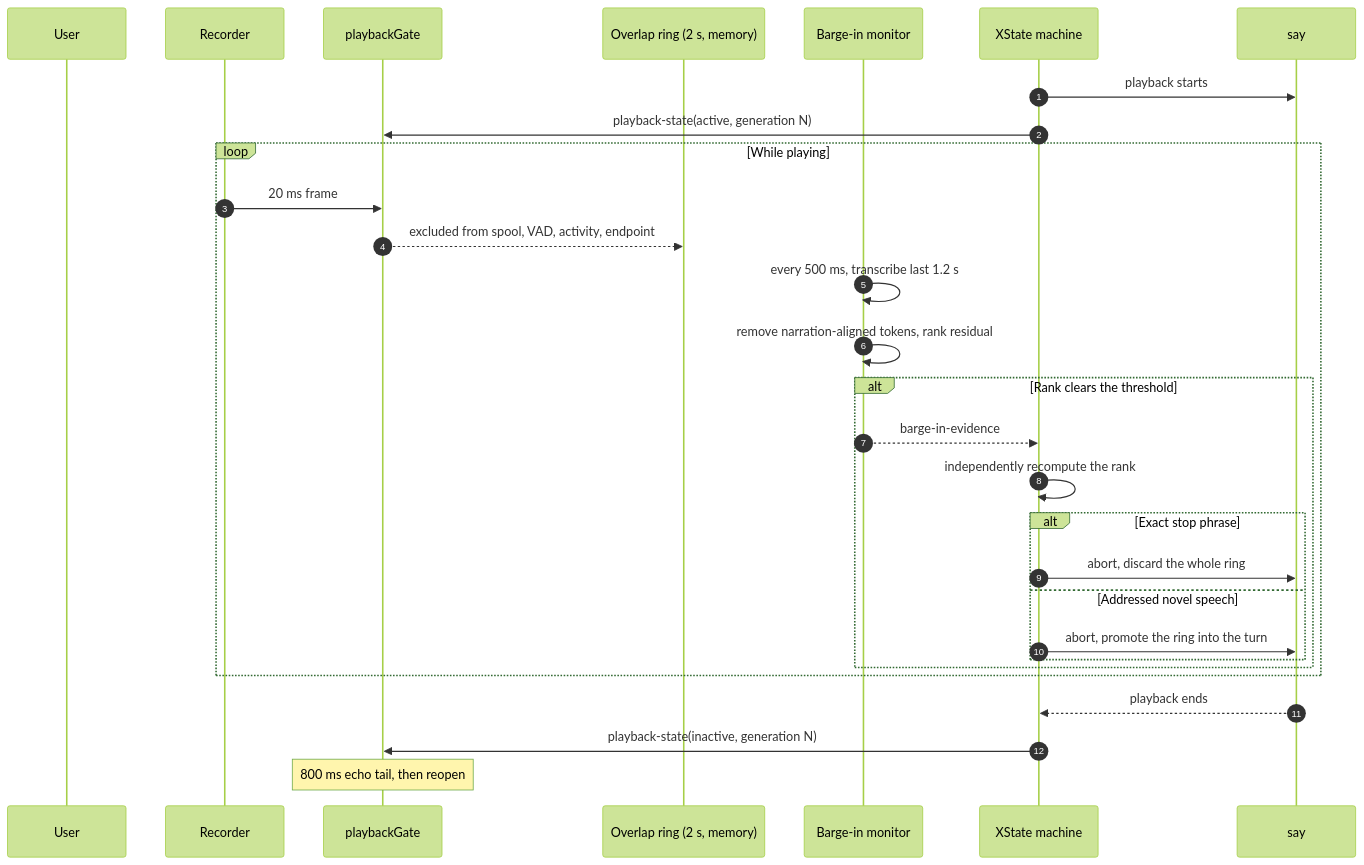
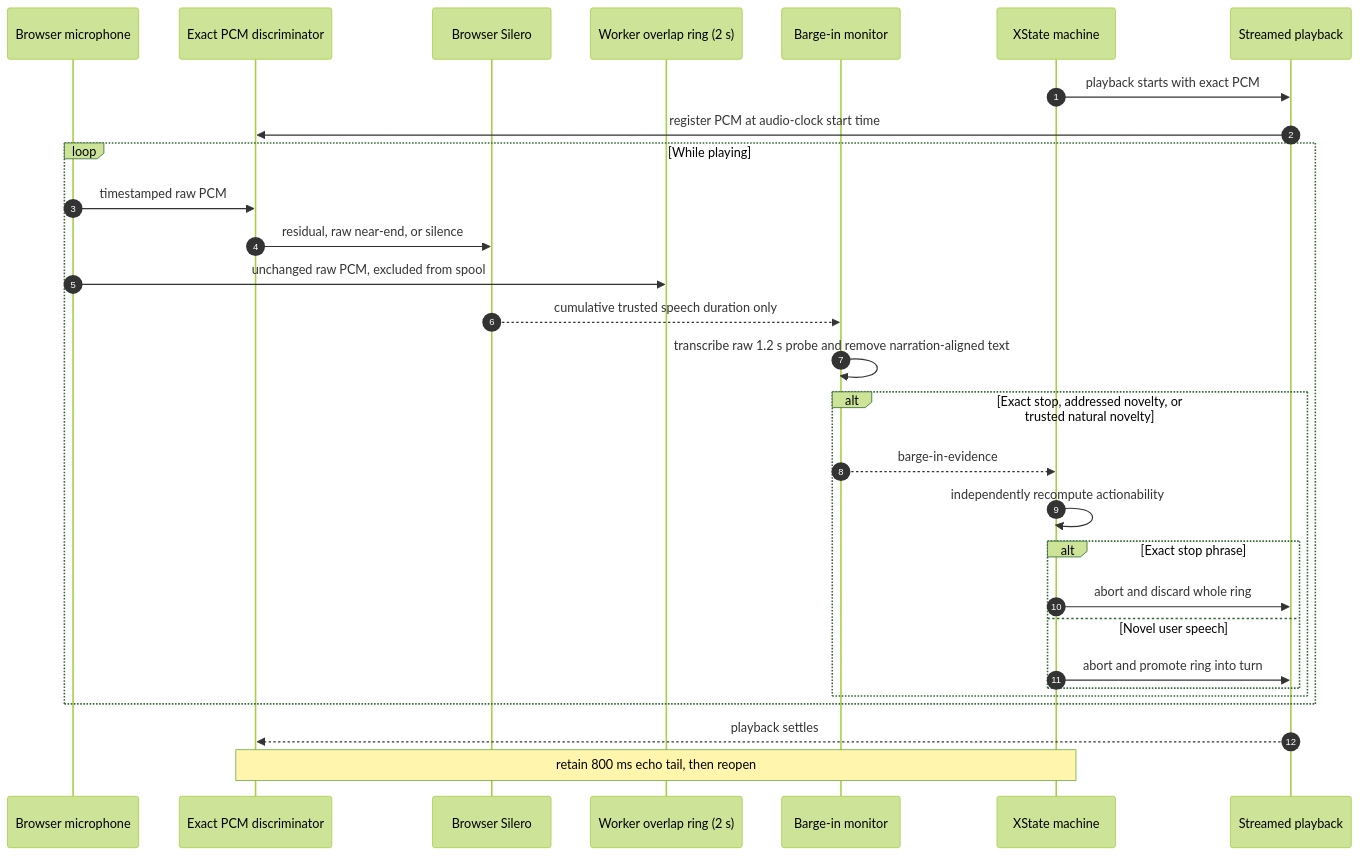
One commit to AgiFlow/doompi changed the sixth of 6 diagrams in packages/minor/doompi-voice/docs/ARCHITECTURE.md. Above: the diagram before and after it, drawn with Mermaid (forest theme). The commit also changed other lines of this file and 28 other files, not shown here.

````diff
--- a/packages/minor/doompi-voice/docs/ARCHITECTURE.md
+++ b/packages/minor/doompi-voice/docs/ARCHITECTURE.md
@@ -481,32 +482,32 @@
 ```mermaid
 sequenceDiagram
   autonumber
-  participant U as User
-  participant Mic as Recorder
-  participant GT as playbackGate
-  participant Ring as Overlap ring (2 s, memory)
+  participant Mic as Browser microphone
+  participant Ref as Exact PCM discriminator
+  participant Silero as Browser Silero
+  participant Ring as Worker overlap ring (2 s)
   participant BI as Barge-in monitor
   participant M as XState machine
-  participant TTS as say
+  participant TTS as Streamed playback
 
-  M->>TTS: playback starts
-  M->>GT: playback-state(active, generation N)
+  M->>TTS: playback starts with exact PCM
+  TTS->>Ref: register PCM at audio-clock start time
   loop While playing
-    Mic->>GT: 20 ms frame
-    GT-->>Ring: excluded from spool, VAD, activity, endpoint
-    BI->>BI: every 500 ms, transcribe last 1.2 s
-    BI->>BI: remove narration-aligned tokens, rank residual
-    alt Rank clears the threshold
+    Mic->>Ref: timestamped raw PCM
+    Ref->>Silero: residual, raw near-end, or silence
+    Mic->>Ring: unchanged raw PCM, excluded from spool
+    Silero-->>BI: cumulative trusted speech duration only
+    BI->>BI: transcribe raw 1.2 s probe and remove narration-aligned text
+    alt Exact stop, addressed novelty, or trusted natural novelty
       BI-->>M: barge-in-evidence
-      M->>M: independently recompute the rank
+      M->>M: independently recompute actionability
       alt Exact stop phrase
-        M->>TTS: abort, discard the whole ring
-      else Addressed novel speech
-        M->>TTS: abort, promote the ring into the turn
+        M->>TTS: abort and discard whole ring
+      else Novel user speech
+        M->>TTS: abort and promote ring into turn
       end
     end
   end
-  TTS-->>M: playback ends
-  M->>GT: playback-state(inactive, generation N)
-  Note over GT: 800 ms echo tail, then reopen
+  TTS-->>Ref: playback settles
+  Note over Ref,M: retain 800 ms echo tail, then reopen
 ```
````
